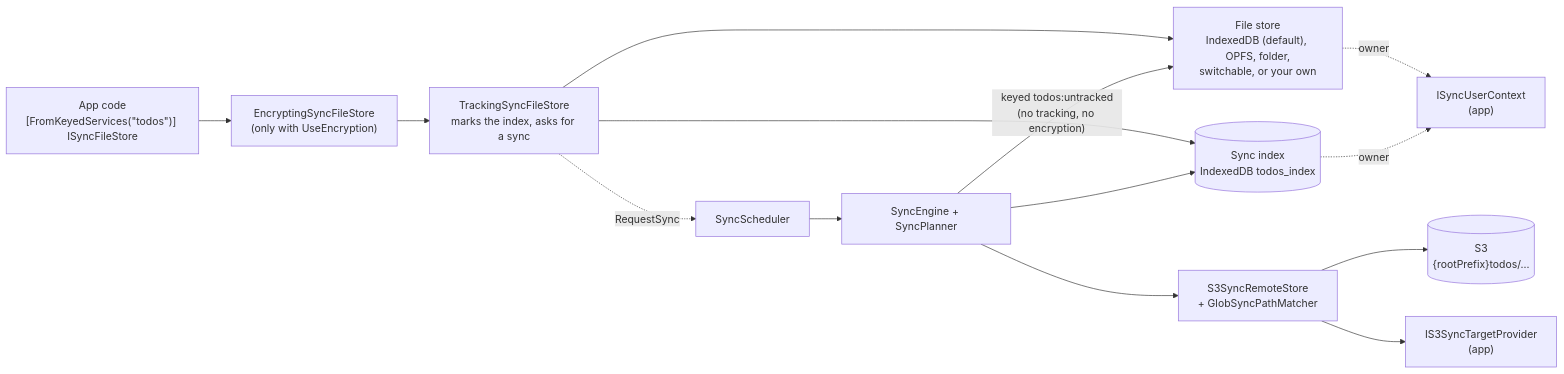
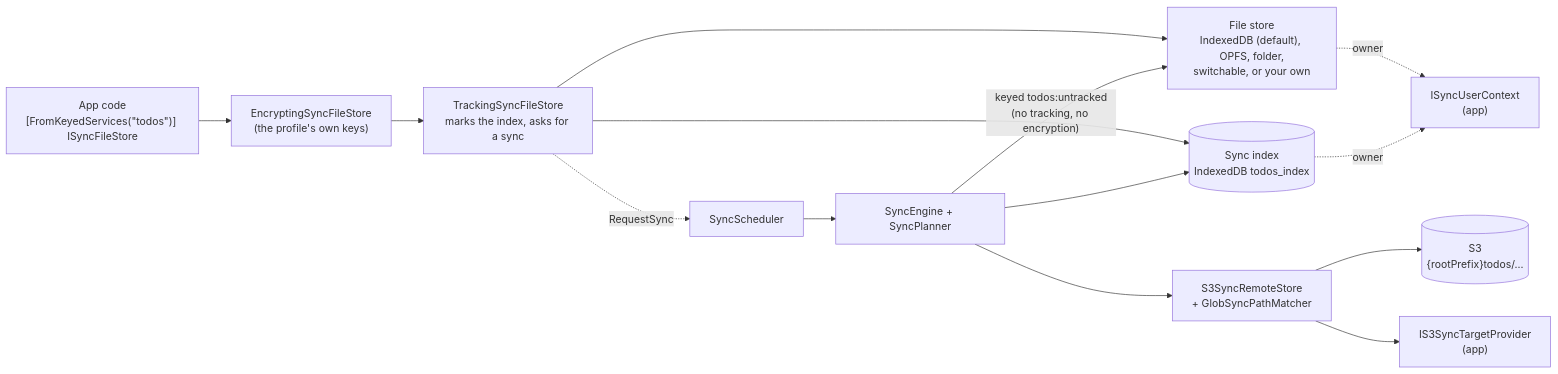
One commit to devoctomy/blazwiz changed the first of 4 diagrams in docs/diagrams/sync-framework.md. Above: the diagram before and after it, drawn with Mermaid. The commit also changed other lines of this file and 235 other files, not shown here.

````diff
--- a/docs/diagrams/sync-framework.md
+++ b/docs/diagrams/sync-framework.md
@@ -113,25 +115,25 @@
 ```mermaid
 flowchart LR
     App["App code<br/>[FromKeyedServices(&quot;todos&quot;)] ISyncFileStore"]
-    Enc["EncryptingSyncFileStore<br/>(only with UseEncryption)"]
+    Enc["EncryptingSyncFileStore<br/>(the profile's own keys)"]
     Track["TrackingSyncFileStore<br/>marks the index, asks for a sync"]
     Store["File store<br/>IndexedDB (default), OPFS, folder,<br/>switchable, or your own"]
     Index[("Sync index<br/>IndexedDB todos_index")]
     Sched["SyncScheduler"]
     Engine["SyncEngine + SyncPlanner"]
     Remote["S3SyncRemoteStore<br/>+ GlobSyncPathMatcher"]
     S3[("S3<br/>{rootPrefix}todos/...")]
     Target["IS3SyncTargetProvider<br/>(app)"]
     User["ISyncUserContext<br/>(app)"]
 
     App --> Enc --> Track --> Store
     Track --> Index
     Track -. RequestSync .-> Sched
     Sched --> Engine
     Engine -- "keyed todos:untracked<br/>(no tracking, no encryption)" --> Store
     Engine --> Index
     Engine --> Remote --> S3
     Remote --> Target
     Store -. owner .-> User
     Index -. owner .-> User
 ```
````
